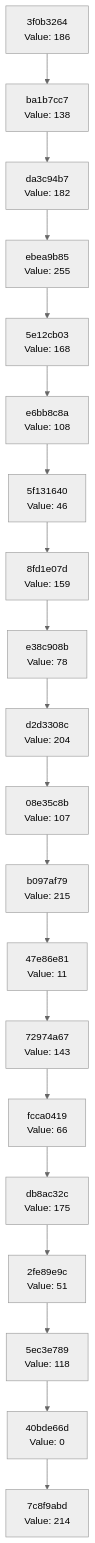
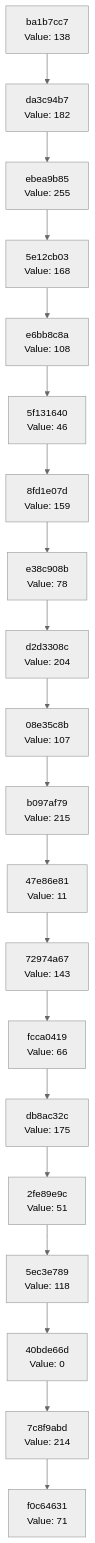
The diagram in docs/CHAIN_VISUALIZATION.md (Abhisheksinha1506/hash-chain-evolver), drawn with Mermaid (neutral theme) before and after one commit. The commit also changed 2 other files, not shown here.

Commit message:
Evolution step: hash 0x47 → action executed

````diff
--- a/docs/CHAIN_VISUALIZATION.md
+++ b/docs/CHAIN_VISUALIZATION.md
@@ -3,42 +3,42 @@
 ```mermaid
 graph TD
-    C0["7c8f9abd<br/>Value: 214"]
-    C1["40bde66d<br/>Value: 0"]
+    C0["f0c64631<br/>Value: 71"]
+    C1["7c8f9abd<br/>Value: 214"]
     C1 --> C0
-    C2["5ec3e789<br/>Value: 118"]
+    C2["40bde66d<br/>Value: 0"]
     C2 --> C1
-    C3["2fe89e9c<br/>Value: 51"]
+    C3["5ec3e789<br/>Value: 118"]
     C3 --> C2
-    C4["db8ac32c<br/>Value: 175"]
+    C4["2fe89e9c<br/>Value: 51"]
     C4 --> C3
-    C5["fcca0419<br/>Value: 66"]
+    C5["db8ac32c<br/>Value: 175"]
     C5 --> C4
-    C6["72974a67<br/>Value: 143"]
+    C6["fcca0419<br/>Value: 66"]
     C6 --> C5
-    C7["47e86e81<br/>Value: 11"]
+    C7["72974a67<br/>Value: 143"]
     C7 --> C6
-    C8["b097af79<br/>Value: 215"]
+    C8["47e86e81<br/>Value: 11"]
     C8 --> C7
-    C9["08e35c8b<br/>Value: 107"]
+    C9["b097af79<br/>Value: 215"]
     C9 --> C8
-    C10["d2d3308c<br/>Value: 204"]
+    C10["08e35c8b<br/>Value: 107"]
     C10 --> C9
-    C11["e38c908b<br/>Value: 78"]
+    C11["d2d3308c<br/>Value: 204"]
     C11 --> C10
-    C12["8fd1e07d<br/>Value: 159"]
+    C12["e38c908b<br/>Value: 78"]
     C12 --> C11
-    C13["5f131640<br/>Value: 46"]
+    C13["8fd1e07d<br/>Value: 159"]
     C13 --> C12
-    C14["e6bb8c8a<br/>Value: 108"]
+    C14["5f131640<br/>Value: 46"]
     C14 --> C13
-    C15["5e12cb03<br/>Value: 168"]
+    C15["e6bb8c8a<br/>Value: 108"]
     C15 --> C14
-    C16["ebea9b85<br/>Value: 255"]
+    C16["5e12cb03<br/>Value: 168"]
     C16 --> C15
-    C17["da3c94b7<br/>Value: 182"]
+    C17["ebea9b85<br/>Value: 255"]
     C17 --> C16
-    C18["ba1b7cc7<br/>Value: 138"]
+    C18["da3c94b7<br/>Value: 182"]
     C18 --> C17
-    C19["3f0b3264<br/>Value: 186"]
+    C19["ba1b7cc7<br/>Value: 138"]
     C19 --> C18
 ```
````
